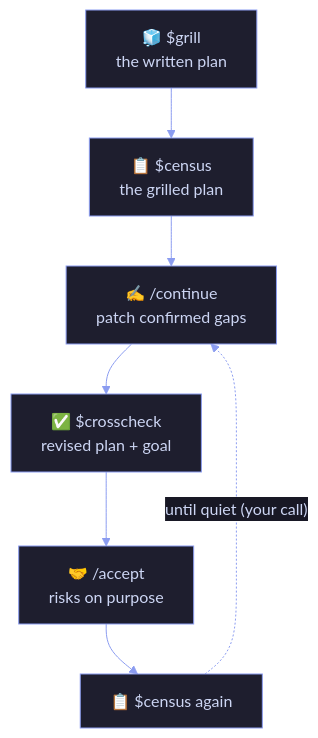
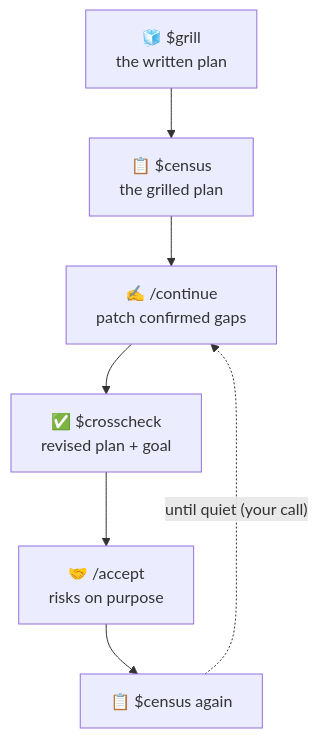
The second of 8 diagrams in README.md (shoemoney/squad), drawn with Mermaid before and after one commit. The commit also changed other lines of this file, not shown here.

Commit message:
docs: 📦🧭 README round 3: per-OS key install, Quick start up front, vertical theme-safe diagrams, honest clip wording, census and crosscheck recut 🎞️

````diff
--- a/README.md
+++ b/README.md
@@ -662,10 +814,9 @@
 ```mermaid
-%%{init: {'theme':'base','themeVariables':{'primaryColor':'#1e1e2e','primaryTextColor':'#cdd6f4','primaryBorderColor':'#8b9cf0','lineColor':'#8b9cf0','secondaryColor':'#181825','tertiaryColor':'#1e1e2e','noteBkgColor':'#181825','noteTextColor':'#cdd6f4','actorBkg':'#1e1e2e','actorBorder':'#8b9cf0','actorTextColor':'#cdd6f4','signalColor':'#cdd6f4'}}}%%
 flowchart TD
     G["🧊 $grill<br/>the written plan"] --> C["📋 $census<br/>the grilled plan"]
     C --> Pa["✍️ /continue<br/>patch confirmed gaps"]
     Pa --> X["✅ $crosscheck<br/>revised plan + goal"]
     X --> R["🤝 /accept<br/>risks on purpose"]
     R --> C2["📋 $census again"]
     C2 -.->|"until quiet (your call)"| Pa
 ```
````
